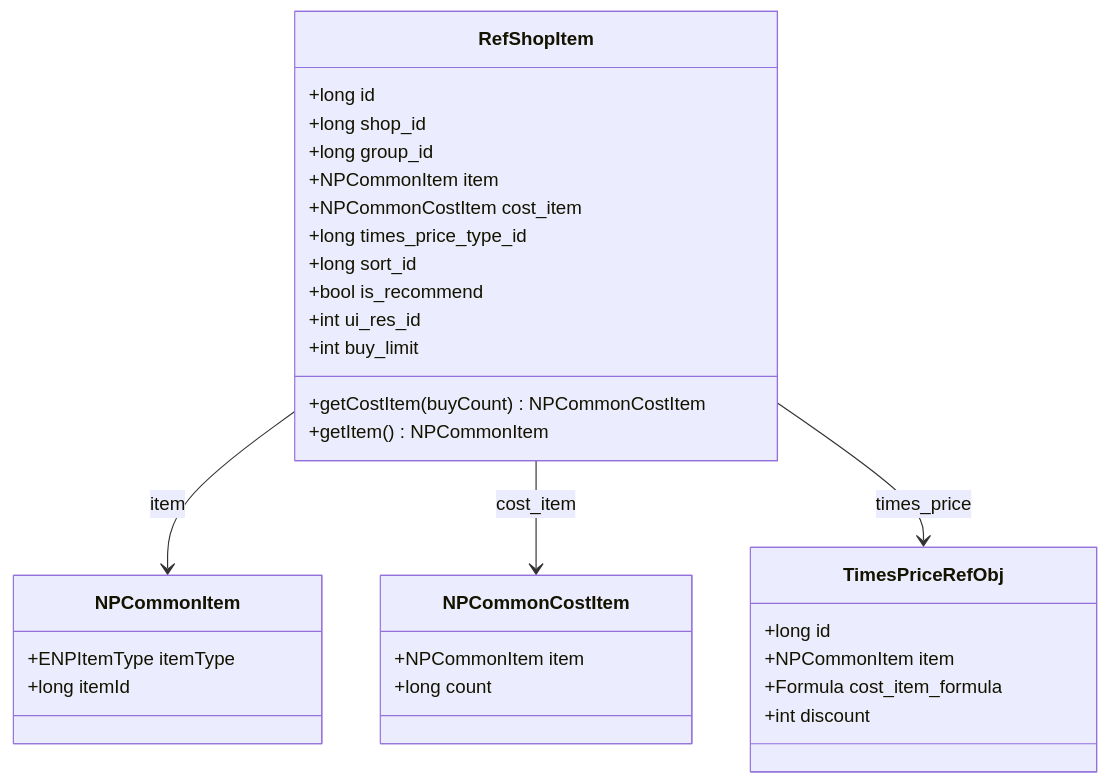
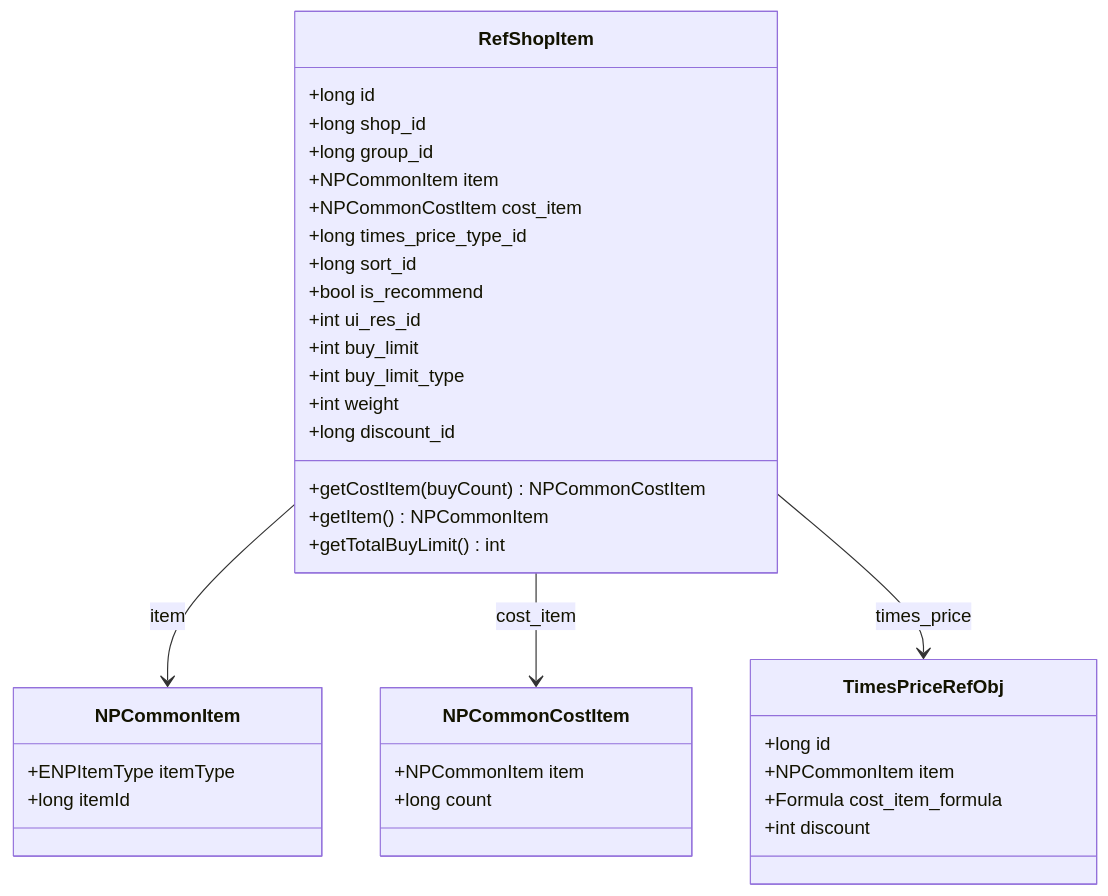
Before and after one commit to Alan-Ben/k2c_game_framework: the fourth of 9 diagrams in docs/Module_Shop/01_数据配表.md, drawn with Mermaid. The commit also changed other lines of this file and 4 other files, not shown here.

````diff
--- a/docs/Module_Shop/01_数据配表.md
+++ b/docs/Module_Shop/01_数据配表.md
@@ -303,38 +377,42 @@
 ```mermaid
 classDiagram
     class RefShopItem {
         +long id
         +long shop_id
         +long group_id
         +NPCommonItem item
         +NPCommonCostItem cost_item
         +long times_price_type_id
         +long sort_id
         +bool is_recommend
         +int ui_res_id
         +int buy_limit
+        +int buy_limit_type
+        +int weight
+        +long discount_id
         +getCostItem(buyCount) NPCommonCostItem
         +getItem() NPCommonItem
+        +getTotalBuyLimit() int
     }
 
     class NPCommonItem {
         +ENPItemType itemType
         +long itemId
     }
 
     class NPCommonCostItem {
         +NPCommonItem item
         +long count
     }
 
     class TimesPriceRefObj {
         +long id
         +NPCommonItem item
         +Formula cost_item_formula
         +int discount
     }
 
     RefShopItem --> NPCommonItem : item
     RefShopItem --> NPCommonCostItem : cost_item
     RefShopItem --> TimesPriceRefObj : times_price
 ```
````
